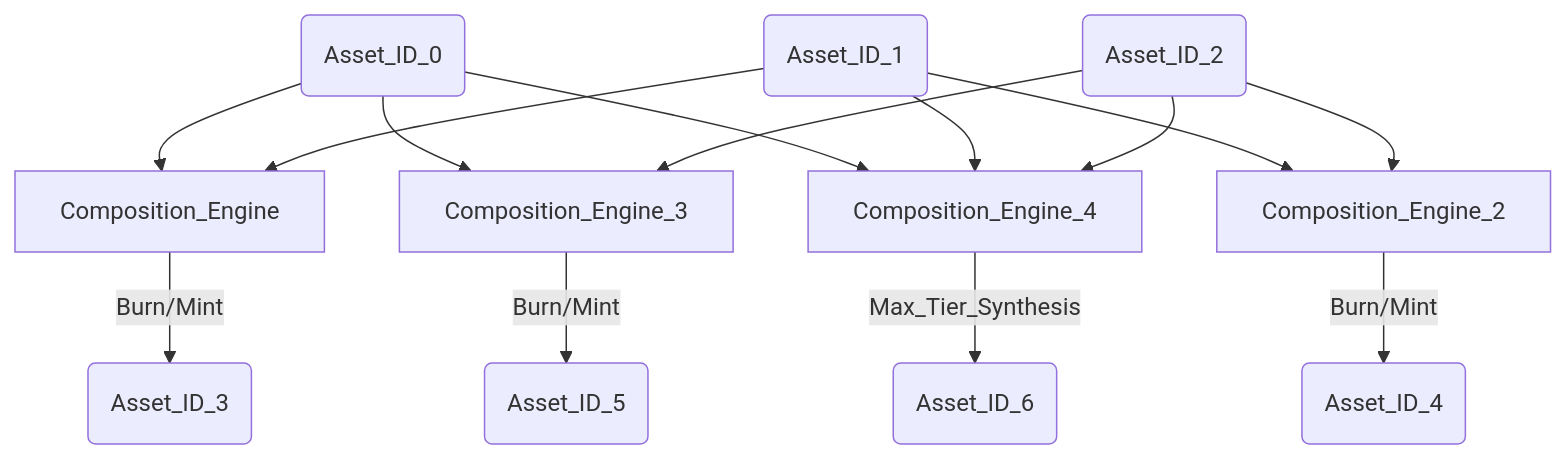
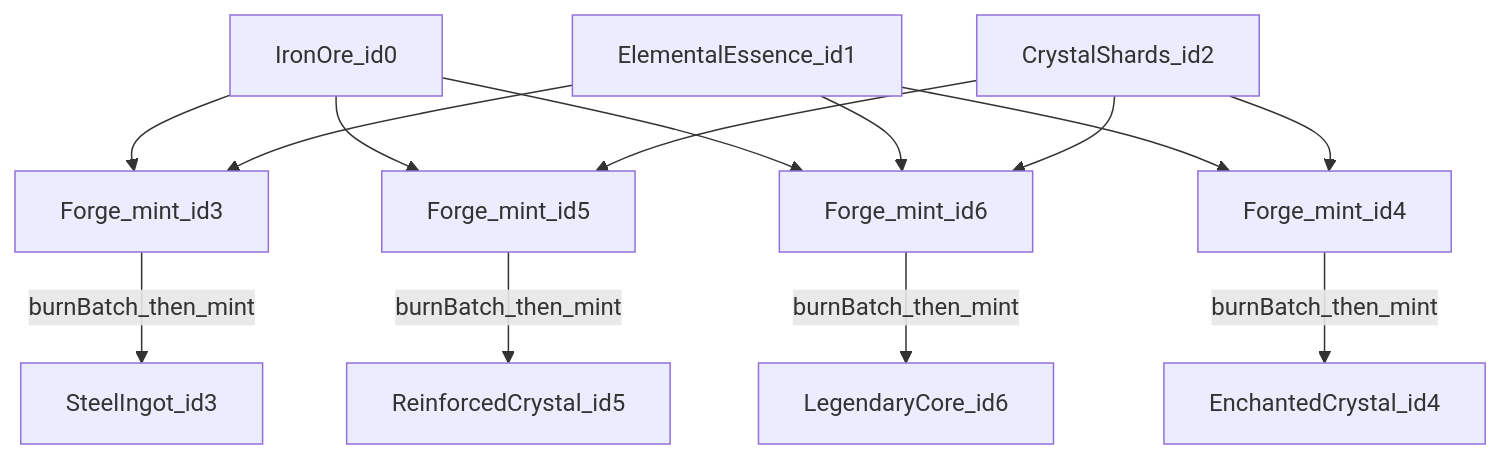
Before and after one commit to SiegfriedBz/Forge-DApp: the diagram in README.md, drawn with Mermaid. The commit also changed other lines of this file, not shown here.

````diff
--- a/README.md
+++ b/README.md
@@ -95,19 +109,19 @@
 ```mermaid
 graph TD
-    T0(Asset_ID_0) --> F3[Composition_Engine]
-    T1(Asset_ID_1) --> F3
-    F3 -->|"Burn/Mint"| T3(Asset_ID_3)
+    ironOre[IronOre_id0] --> forge3[Forge_mint_id3]
+    elementalEssence[ElementalEssence_id1] --> forge3
+    forge3 -->|"burnBatch_then_mint"| steelIngot[SteelIngot_id3]
 
-    T1 --> F4[Composition_Engine_2]
-    T2(Asset_ID_2) --> F4
-    F4 -->|"Burn/Mint"| T4(Asset_ID_4)
+    elementalEssence --> forge4[Forge_mint_id4]
+    crystalShards[CrystalShards_id2] --> forge4
+    forge4 -->|"burnBatch_then_mint"| enchantedCrystal[EnchantedCrystal_id4]
 
-    T0 --> F5[Composition_Engine_3]
-    T2 --> F5
-    F5 -->|"Burn/Mint"| T5(Asset_ID_5)
+    ironOre --> forge5[Forge_mint_id5]
+    crystalShards --> forge5
+    forge5 -->|"burnBatch_then_mint"| reinforcedCrystal[ReinforcedCrystal_id5]
 
-    T0 --> F6[Composition_Engine_4]
-    T1 --> F6
-    T2 --> F6
-    F6 -->|"Max_Tier_Synthesis"| T6(Asset_ID_6)
+    ironOre --> forge6[Forge_mint_id6]
+    elementalEssence --> forge6
+    crystalShards --> forge6
+    forge6 -->|"burnBatch_then_mint"| legendaryCore[LegendaryCore_id6]
 ```
````
